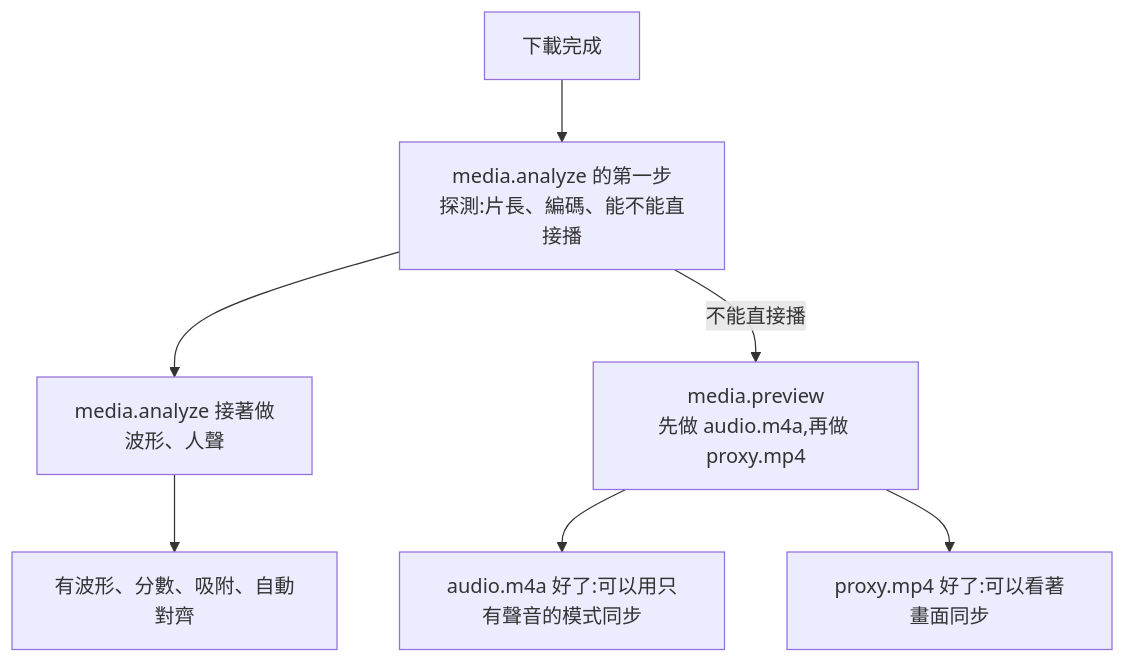
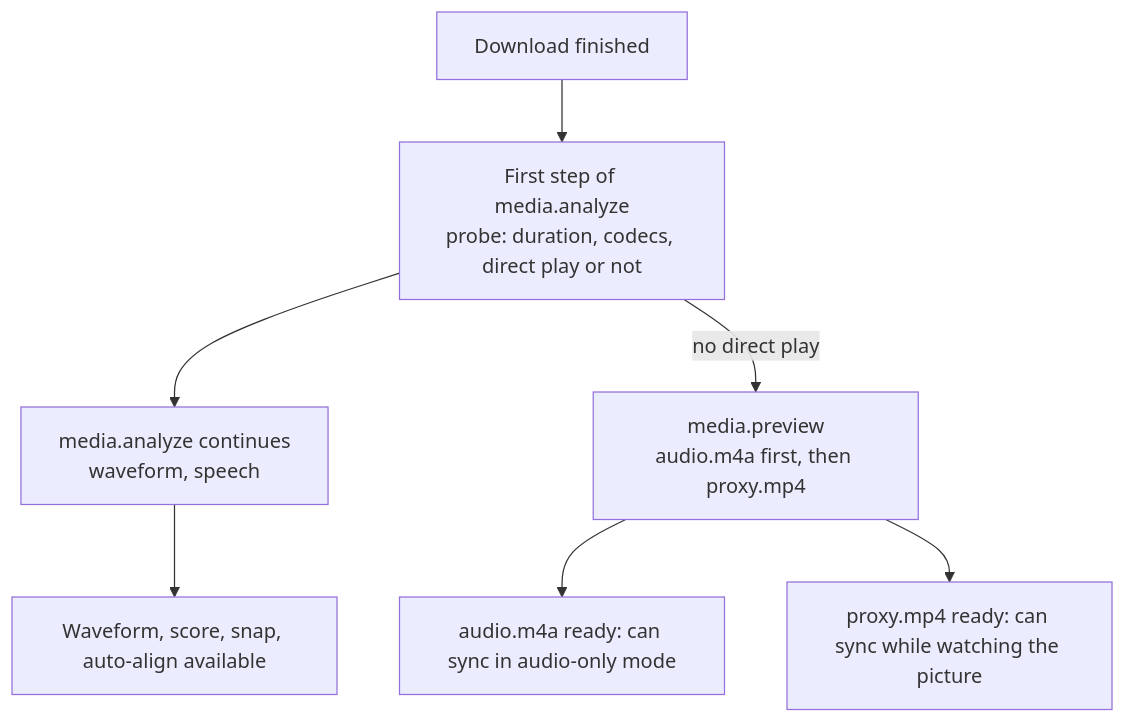
One commit to brianshen0522/paiban changed the diagram in docs/08-media-pipeline.md. Above: the diagram before and after it, drawn with Mermaid. The commit also changed other lines of this file and 174 other files, not shown here.

````diff
--- a/docs/08-media-pipeline.md
+++ b/docs/08-media-pipeline.md
@@ -7,9 +7,9 @@
 ```mermaid
 flowchart TD
-  A[下載完成] --> P[media.analyze 的第一步<br/>探測:片長、編碼、能不能直接播]
-  P --> W[media.analyze 接著做<br/>波形、人聲]
-  P -->|不能直接播| C[media.preview<br/>先做 audio.m4a,再做 proxy.mp4]
-  W --> R1[有波形、分數、吸附、自動對齊]
-  C --> R2[audio.m4a 好了:可以用只有聲音的模式同步]
-  C --> R3[proxy.mp4 好了:可以看著畫面同步]
+  A[Download finished] --> P[First step of media.analyze<br/>probe: duration, codecs, direct play or not]
+  P --> W[media.analyze continues<br/>waveform, speech]
+  P -->|no direct play| C[media.preview<br/>audio.m4a first, then proxy.mp4]
+  W --> R1[Waveform, score, snap, auto-align available]
+  C --> R2[audio.m4a ready: can sync in audio-only mode]
+  C --> R3[proxy.mp4 ready: can sync while watching the picture]
 ```
````
